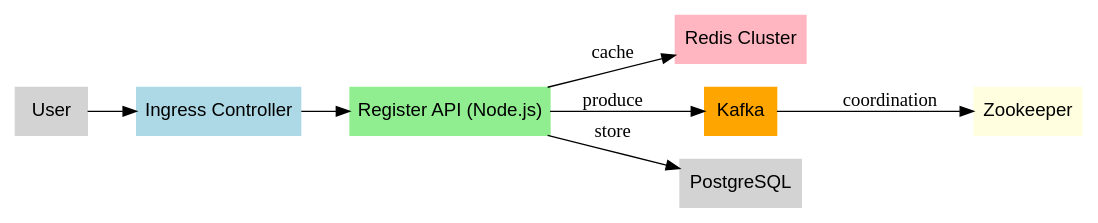
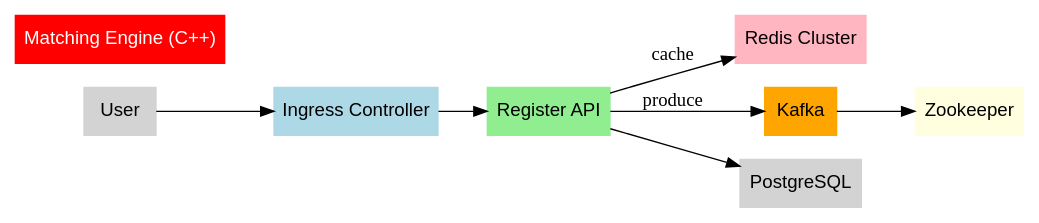
Before and after one commit to darksunstealth/coinza-core-infrastructure: the diagram in README.md, drawn with Graphviz. The commit also changed other lines of this file, not shown here.

````diff
--- a/README.md
+++ b/README.md
@@ -129,21 +124,24 @@
 ```dot
-digraph CoinzaMicroservices {
+digraph CoinzaScalling {
   rankdir=LR;
   node [shape=box, style=filled, fontname="Arial", color=lightgray];
 
   User [label="User"];
   Ingress [label="Ingress Controller", color=lightblue];
-  RegisterService [label="Register API (Node.js)", color=lightgreen];
+  Register [label="Register API", color=lightgreen];
   Redis [label="Redis Cluster", color=lightpink];
   Kafka [label="Kafka", color=orange];
   Zookeeper [label="Zookeeper", color=lightyellow];
-  Postgres [label="PostgreSQL", color=lightgray];
+  Postgres [label="PostgreSQL"];
+  Matching [label="Matching Engine (C++)", color=red, style=filled, fontcolor=white];
 
   User -> Ingress;
-  Ingress -> RegisterService;
-  RegisterService -> Redis [label="cache"];
-  RegisterService -> Kafka [label="produce"];
-  Kafka -> Zookeeper [label="coordination"];
-  RegisterService -> Postgres [label="store"];
+  Ingress -> Register;
+  Register -> Redis [label="cache"];
+  Register -> Kafka [label="produce"];
+  Kafka -> Zookeeper;
+  Register -> Postgres;
+
+  // Matching engine is not wired in
 }
 ```
````
